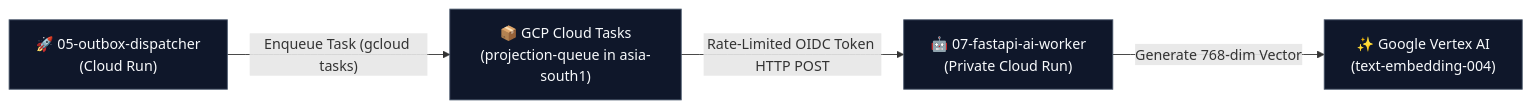
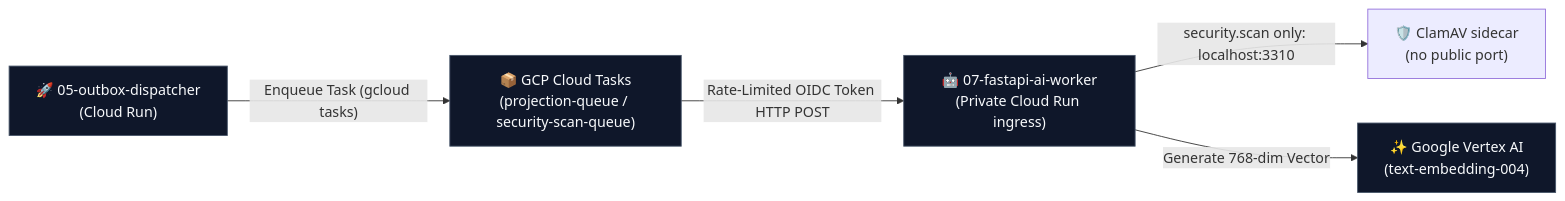
One commit to vishesh-mahale/Binay-Job-Portal-App changed the diagram in 06-google-cloud-tasks-queue/README.md. Above: the diagram before and after it, drawn with Mermaid. The commit also changed other lines of this file and 491 other files, not shown here.

````diff
--- a/06-google-cloud-tasks-queue/README.md
+++ b/06-google-cloud-tasks-queue/README.md
@@ -21,11 +21,12 @@
 ```mermaid
 flowchart LR
-    A["🚀 05-outbox-dispatcher\n(Cloud Run)"] -->|"Enqueue Task (gcloud tasks)"| B["📦 GCP Cloud Tasks\n(projection-queue in asia-south1)"]
-    B -->|"Rate-Limited OIDC Token HTTP POST"| C["🤖 07-fastapi-ai-worker\n(Private Cloud Run)"]
+    A["🚀 05-outbox-dispatcher\n(Cloud Run)"] -->|"Enqueue Task (gcloud tasks)"| B["📦 GCP Cloud Tasks\n(projection-queue / security-scan-queue)"]
+    B -->|"Rate-Limited OIDC Token HTTP POST"| C["🤖 07-fastapi-ai-worker\n(Private Cloud Run ingress)"]
+    C -->|"security.scan only: localhost:3310"| S["🛡️ ClamAV sidecar\n(no public port)"]
     C -->|"Generate 768-dim Vector"| D["✨ Google Vertex AI\n(text-embedding-004)"]
 
     style A fill:#0f172a,stroke:#475569,color:#f8fafc
     style B fill:#0f172a,stroke:#475569,color:#f8fafc
     style C fill:#0f172a,stroke:#475569,color:#f8fafc
     style D fill:#0f172a,stroke:#475569,color:#f8fafc
 ```
````
